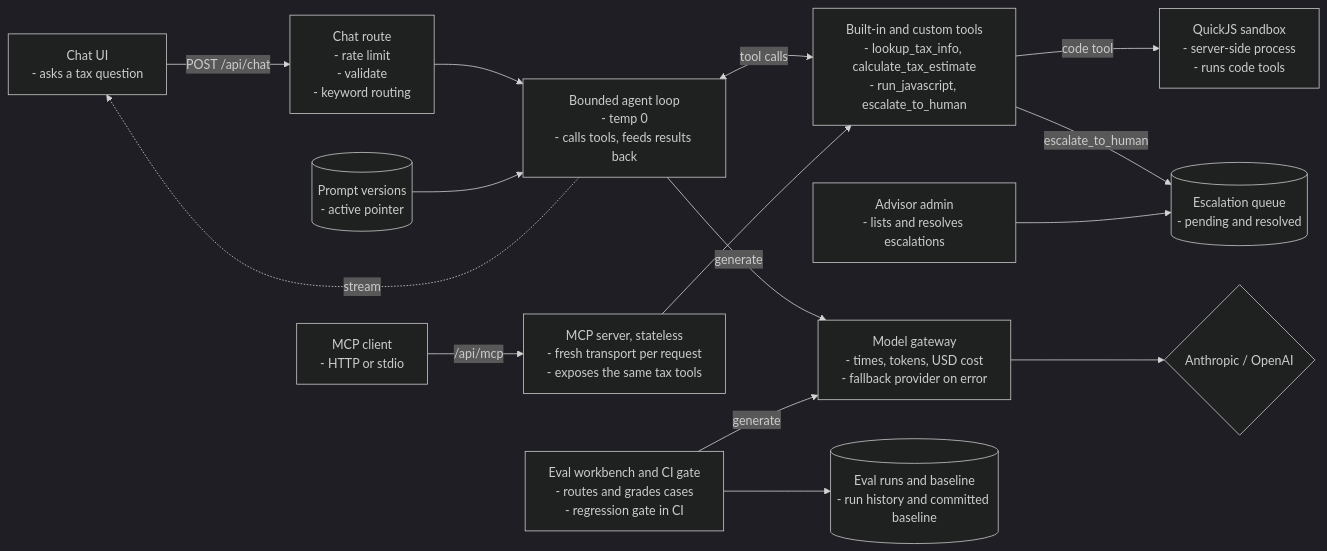
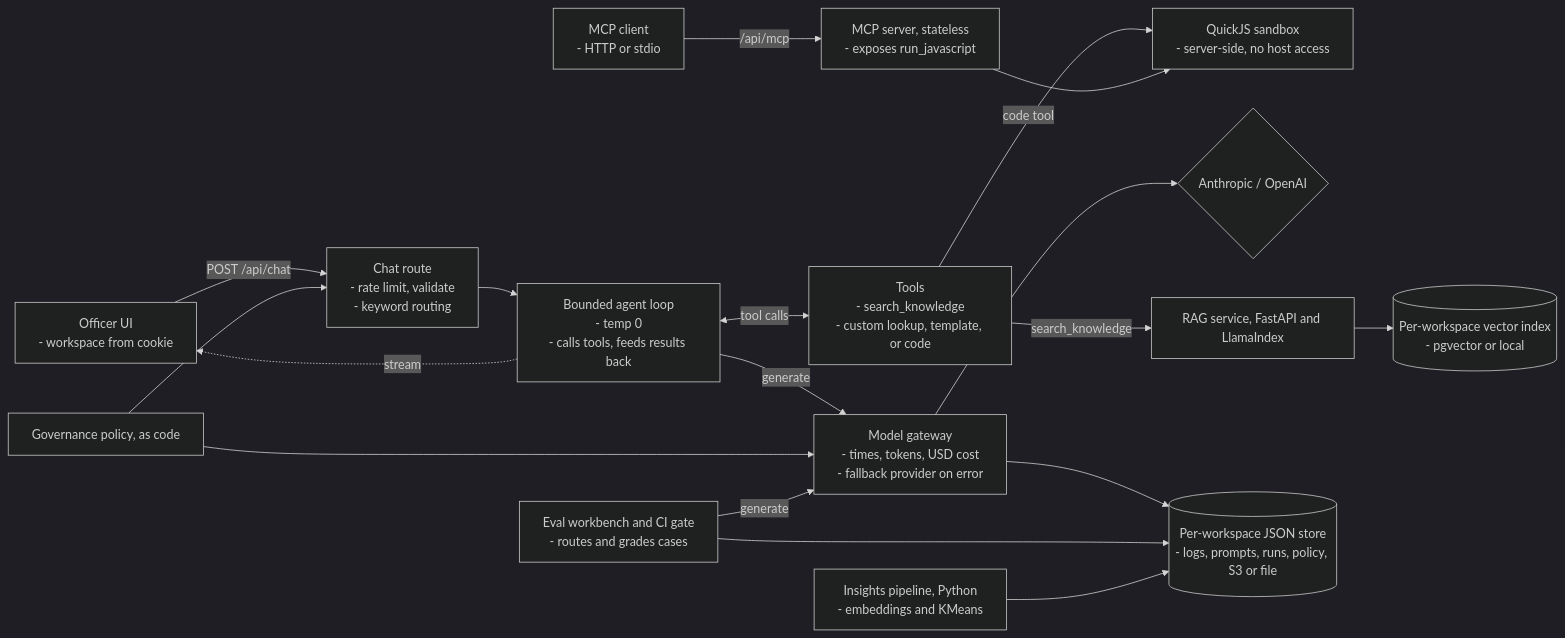
The sixth of 6 diagrams in README.md (elleskay/ai-tax-assistant-platform), drawn with Mermaid (dark theme) before and after one commit. The commit also changed other lines of this file and 122 other files, not shown here.

````diff
--- a/README.md
+++ b/README.md
@@ -439,31 +437,35 @@
 ```mermaid
 flowchart LR
-  UI["Chat UI<br/>- asks a tax question"]
+  UI["Officer UI<br/>- workspace from cookie"]
   MCP["MCP client<br/>- HTTP or stdio"]
-  Advisor["Advisor admin<br/>- lists and resolves escalations"]
-  API["Chat route<br/>- rate limit<br/>- validate<br/>- keyword routing"]
+  API["Chat route<br/>- rate limit, validate<br/>- keyword routing"]
   Agent["Bounded agent loop<br/>- temp 0<br/>- calls tools, feeds results back"]
-  Tools["Built-in and custom tools<br/>- lookup_tax_info, calculate_tax_estimate<br/>- run_javascript, escalate_to_human"]
-  Sandbox["QuickJS sandbox<br/>- server-side process<br/>- runs code tools"]
+  Tools["Tools<br/>- search_knowledge<br/>- custom lookup, template, or code"]
+  Sandbox["QuickJS sandbox<br/>- server-side, no host access"]
   GW["Model gateway<br/>- times, tokens, USD cost<br/>- fallback provider on error"]
-  Eval["Eval workbench and CI gate<br/>- routes and grades cases<br/>- regression gate in CI"]
-  MCPS["MCP server, stateless<br/>- fresh transport per request<br/>- exposes the same tax tools"]
-  Prompts[("Prompt versions<br/>- active pointer")]
-  Queue[("Escalation queue<br/>- pending and resolved")]
-  Runs[("Eval runs and baseline<br/>- run history and committed baseline")]
   Prov{"Anthropic / OpenAI"}
+  RAG["RAG service, FastAPI and LlamaIndex"]
+  VEC[("Per-workspace vector index<br/>- pgvector or local")]
+  Eval["Eval workbench and CI gate<br/>- routes and grades cases"]
+  MCPS["MCP server, stateless<br/>- exposes run_javascript"]
+  Policy["Governance policy, as code"]
+  Store[("Per-workspace JSON store<br/>- logs, prompts, runs, policy, S3 or file")]
+  Insights["Insights pipeline, Python<br/>- embeddings and KMeans"]
   UI -->|"POST /api/chat"| API
   API --> Agent
   Agent <-->|tool calls| Tools
+  Tools -->|search_knowledge| RAG
+  RAG --> VEC
   Tools -->|code tool| Sandbox
   Agent -->|generate| GW
   GW --> Prov
   Agent -.stream.-> UI
+  GW --> Store
+  Policy --> API
+  Policy --> GW
   Eval -->|generate| GW
-  Prompts --> Agent
-  Tools -->|escalate_to_human| Queue
-  Advisor --> Queue
-  Eval --> Runs
+  Eval --> Store
   MCP -->|"/api/mcp"| MCPS
-  MCPS --> Tools
+  MCPS --> Sandbox
+  Insights --> Store
 ```
````
